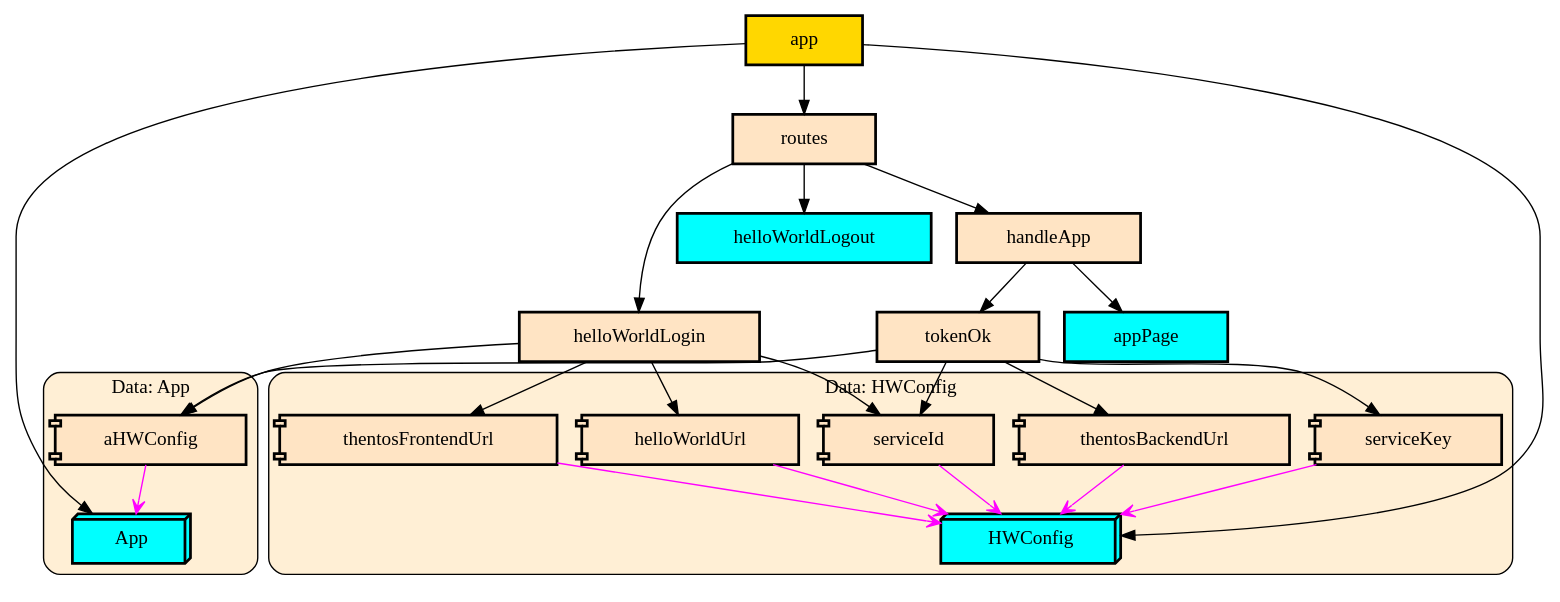
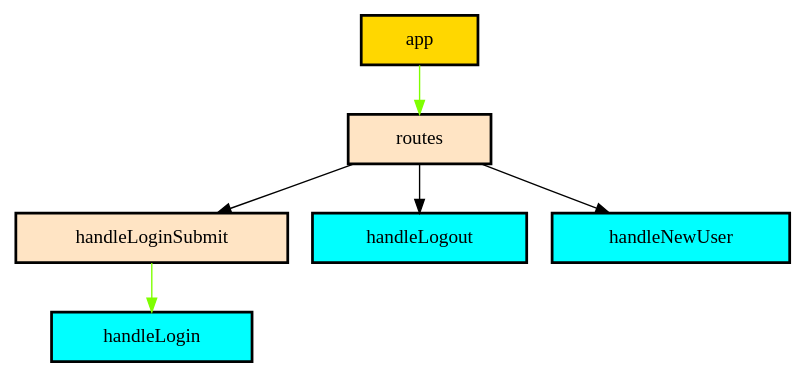
One commit to liqd/thentos changed the diagram in gh-pages/SourceGraph/graphs/Site.dot. Above: the diagram before and after it, drawn with Graphviz. The commit also changed 421 other files, not shown here.

```diff
--- a/gh-pages/SourceGraph/graphs/Site.dot
+++ b/gh-pages/SourceGraph/graphs/Site.dot
@@ -1,125 +1,35 @@
 digraph "Diagram of: Site" {
     node [margin="0.4,0.1"
          ,style=filled];
-    subgraph cluster_Data_App {
-        graph [label="Data: App"
-              ,style="filled,rounded"
-              ,fillcolor=papayawhip];
-        1 [label=App
-          ,shape=box3d
-          ,fillcolor=cyan
-          ,style="filled,bold"];
-        3 [label=aHWConfig
-          ,shape=component
-          ,fillcolor=bisque
-          ,style="filled,bold"];
-    }
-    subgraph cluster_Data_HWConfig {
-        graph [label="Data: HWConfig"
-              ,style="filled,rounded"
-              ,fillcolor=papayawhip];
-        2 [label=HWConfig
-          ,shape=box3d
-          ,fillcolor=cyan
-          ,style="filled,bold"];
-        9 [label=helloWorldUrl
-          ,shape=component
-          ,fillcolor=bisque
-          ,style="filled,bold"];
-        11 [label=serviceId
-           ,shape=component
-           ,fillcolor=bisque
-           ,style="filled,bold"];
-        12 [label=serviceKey
-           ,shape=component
-           ,fillcolor=bisque
-           ,style="filled,bold"];
-        13 [label=thentosBackendUrl
-           ,shape=component
-           ,fillcolor=bisque
-           ,style="filled,bold"];
-        14 [label=thentosFrontendUrl
-           ,shape=component
-           ,fillcolor=bisque
-           ,style="filled,bold"];
-    }
-    4 [label=app
+    1 [label=app
       ,shape=box
       ,fillcolor=gold
       ,style="filled,bold"];
-    5 [label=appPage
+    2 [label=handleLogin
       ,shape=box
       ,fillcolor=cyan
       ,style="filled,bold"];
-    6 [label=handleApp
+    3 [label=handleLoginSubmit
       ,shape=box
       ,fillcolor=bisque
       ,style="filled,bold"];
-    7 [label=helloWorldLogin
+    4 [label=handleLogout
+      ,shape=box
+      ,fillcolor=cyan
+      ,style="filled,bold"];
+    5 [label=handleNewUser
+      ,shape=box
+      ,fillcolor=cyan
+      ,style="filled,bold"];
+    6 [label=routes
       ,shape=box
       ,fillcolor=bisque
       ,style="filled,bold"];
-    8 [label=helloWorldLogout
-      ,shape=box
-      ,fillcolor=cyan
-      ,style="filled,bold"];
-    10 [label=routes
-       ,shape=box
-       ,fillcolor=bisque
-       ,style="filled,bold"];
-    15 [label=tokenOk
-       ,shape=box
-       ,fillcolor=bisque
-       ,style="filled,bold"];
-    3 -> 1 [penwidth=1
-           ,color=magenta
-           ,arrowtail=odot
-           ,arrowhead=vee];
-    4 -> 1 [penwidth=1,color=black];
-    4 -> 2 [penwidth=1,color=black];
-    4 -> 10 [penwidth=1
-            ,color=black];
+    1 -> 6 [penwidth=1
+           ,color=chartreuse];
+    3 -> 2 [penwidth=1
+           ,color=chartreuse];
+    6 -> 3 [penwidth=1,color=black];
+    6 -> 4 [penwidth=1,color=black];
     6 -> 5 [penwidth=1,color=black];
-    6 -> 15 [penwidth=1
-            ,color=black];
-    7 -> 3 [penwidth=1,color=black];
-    7 -> 9 [penwidth=1,color=black];
-    7 -> 11 [penwidth=1
-            ,color=black];
-    7 -> 14 [penwidth=1
-            ,color=black];
-    9 -> 2 [penwidth=1
-           ,color=magenta
-           ,arrowtail=odot
-           ,arrowhead=vee];
-    10 -> 6 [penwidth=1
-            ,color=black];
-    10 -> 7 [penwidth=1
-            ,color=black];
-    10 -> 8 [penwidth=1
-            ,color=black];
-    11 -> 2 [penwidth=1
-            ,color=magenta
-            ,arrowtail=odot
-            ,arrowhead=vee];
-    12 -> 2 [penwidth=1
-            ,color=magenta
-            ,arrowtail=odot
-            ,arrowhead=vee];
-    13 -> 2 [penwidth=1
-            ,color=magenta
-            ,arrowtail=odot
-            ,arrowhead=vee];
-    14 -> 2 [penwidth=1
-            ,color=magenta
-            ,arrowtail=odot
-            ,arrowhead=vee];
-    15 -> 3 [penwidth=1
-            ,color=black];
-    15 -> 11 [penwidth=1
-             ,color=black];
-    15 -> 12 [penwidth=1
-             ,color=black];
-    15 -> 13 [penwidth=1
-             ,color=black];
 }
```
